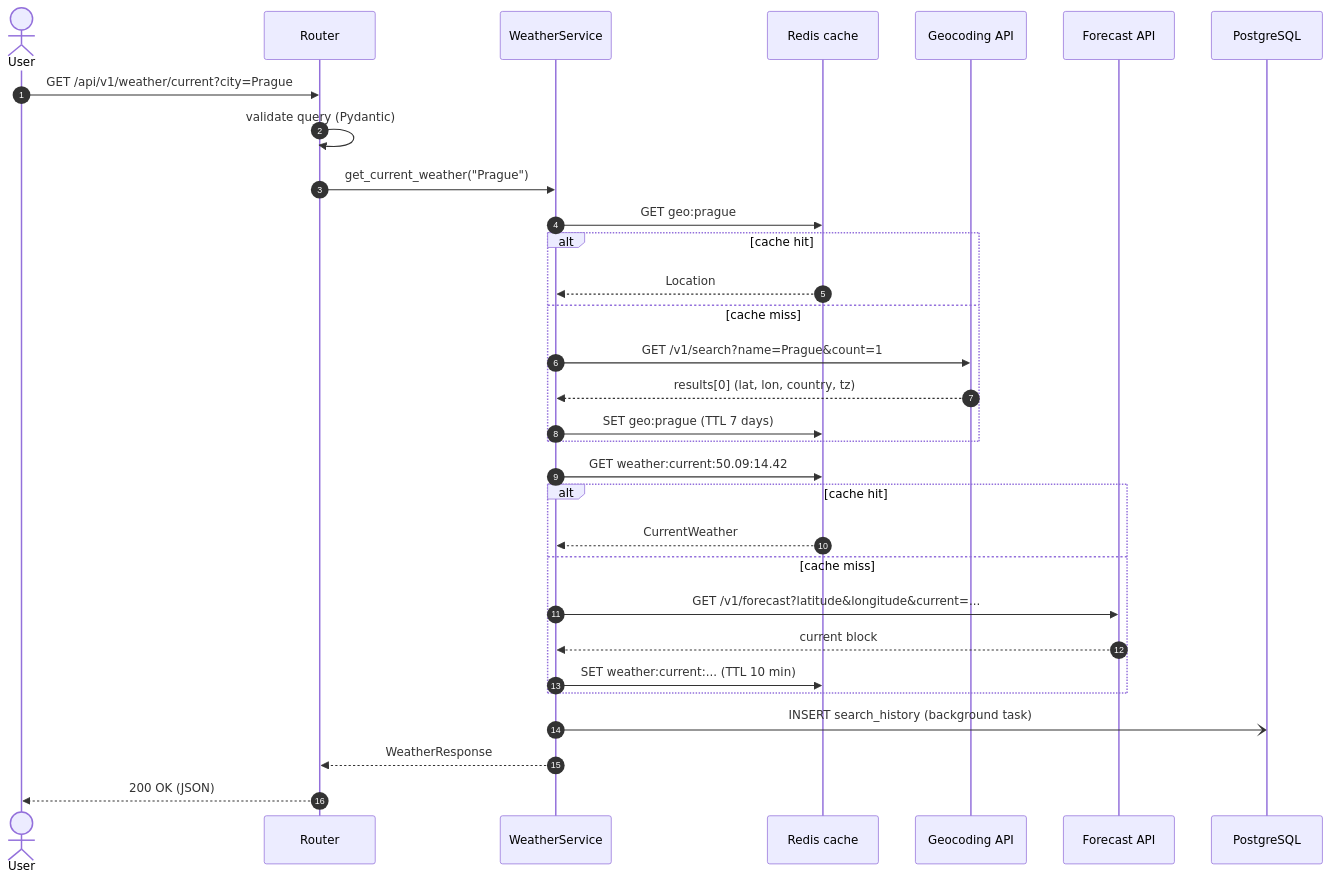
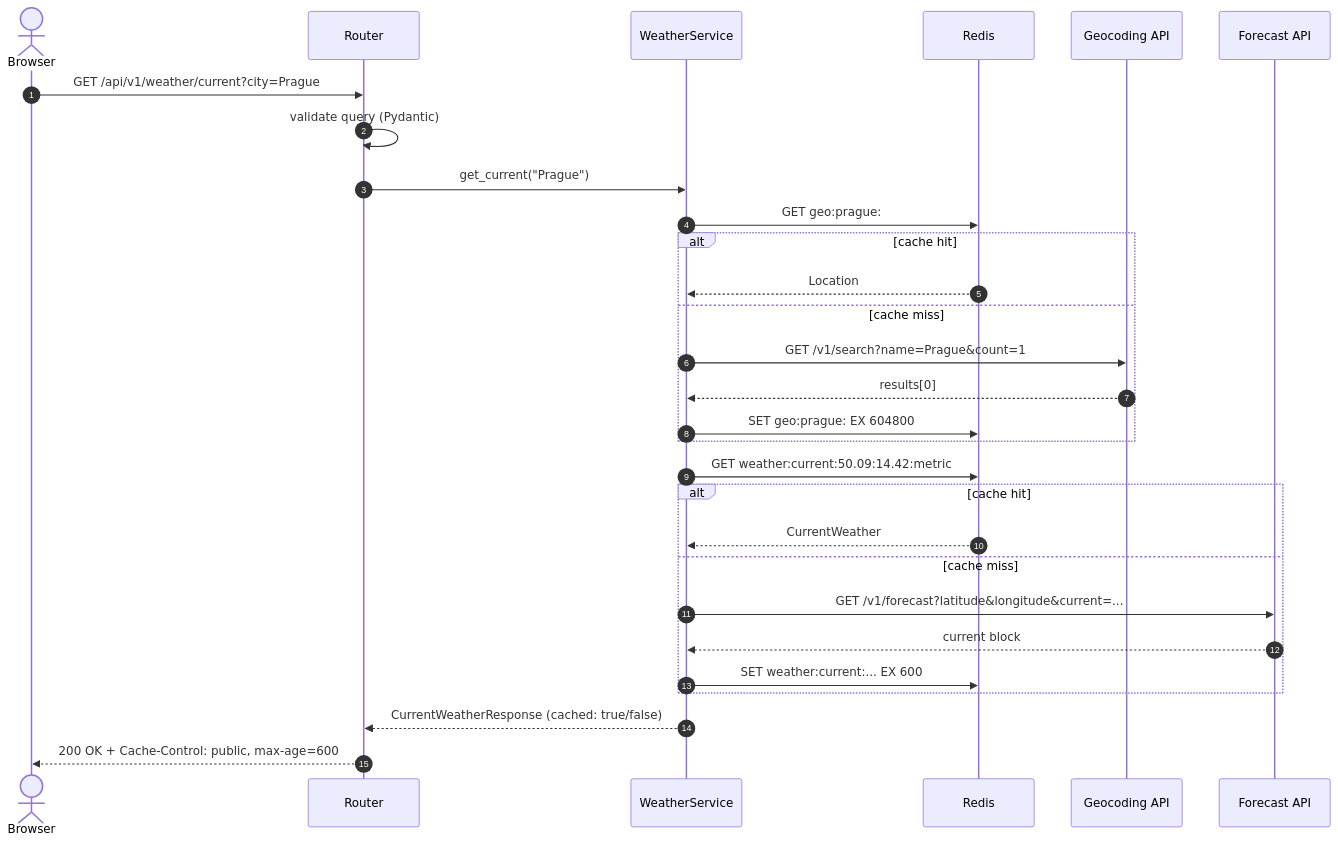
The fourth of 8 diagrams in ARCHITECTURE.md (loktiyur/weather_forecaster), drawn with Mermaid before and after one commit. The commit also changed other lines of this file and 2 other files, not shown here.

Commit message:
chore: Changed the implementation and the architecture structure of the app [TRIVIAL]

````diff
--- a/ARCHITECTURE.md
+++ b/ARCHITECTURE.md
@@ -137,37 +291,35 @@
 ```mermaid
 sequenceDiagram
     autonumber
-    actor U as User
+    actor U as Browser
     participant R as Router
     participant S as WeatherService
-    participant C as Redis cache
+    participant C as Redis
     participant G as Geocoding API
     participant W as Forecast API
-    participant DB as PostgreSQL
 
     U->>R: GET /api/v1/weather/current?city=Prague
     R->>R: validate query (Pydantic)
-    R->>S: get_current_weather("Prague")
+    R->>S: get_current("Prague")
 
-    S->>C: GET geo:prague
+    S->>C: GET geo:prague:
     alt cache hit
         C-->>S: Location
     else cache miss
         S->>G: GET /v1/search?name=Prague&count=1
-        G-->>S: results[0] (lat, lon, country, tz)
-        S->>C: SET geo:prague (TTL 7 days)
+        G-->>S: results[0]
+        S->>C: SET geo:prague: EX 604800
     end
 
-    S->>C: GET weather:current:50.09:14.42
+    S->>C: GET weather:current:50.09:14.42:metric
     alt cache hit
         C-->>S: CurrentWeather
     else cache miss
         S->>W: GET /v1/forecast?latitude&longitude&current=...
         W-->>S: current block
-        S->>C: SET weather:current:... (TTL 10 min)
+        S->>C: SET weather:current:... EX 600
     end
 
-    S-)DB: INSERT search_history (background task)
-    S-->>R: WeatherResponse
-    R-->>U: 200 OK (JSON)
+    S-->>R: CurrentWeatherResponse (cached: true/false)
+    R-->>U: 200 OK + Cache-Control: public, max-age=600
 ```
````
